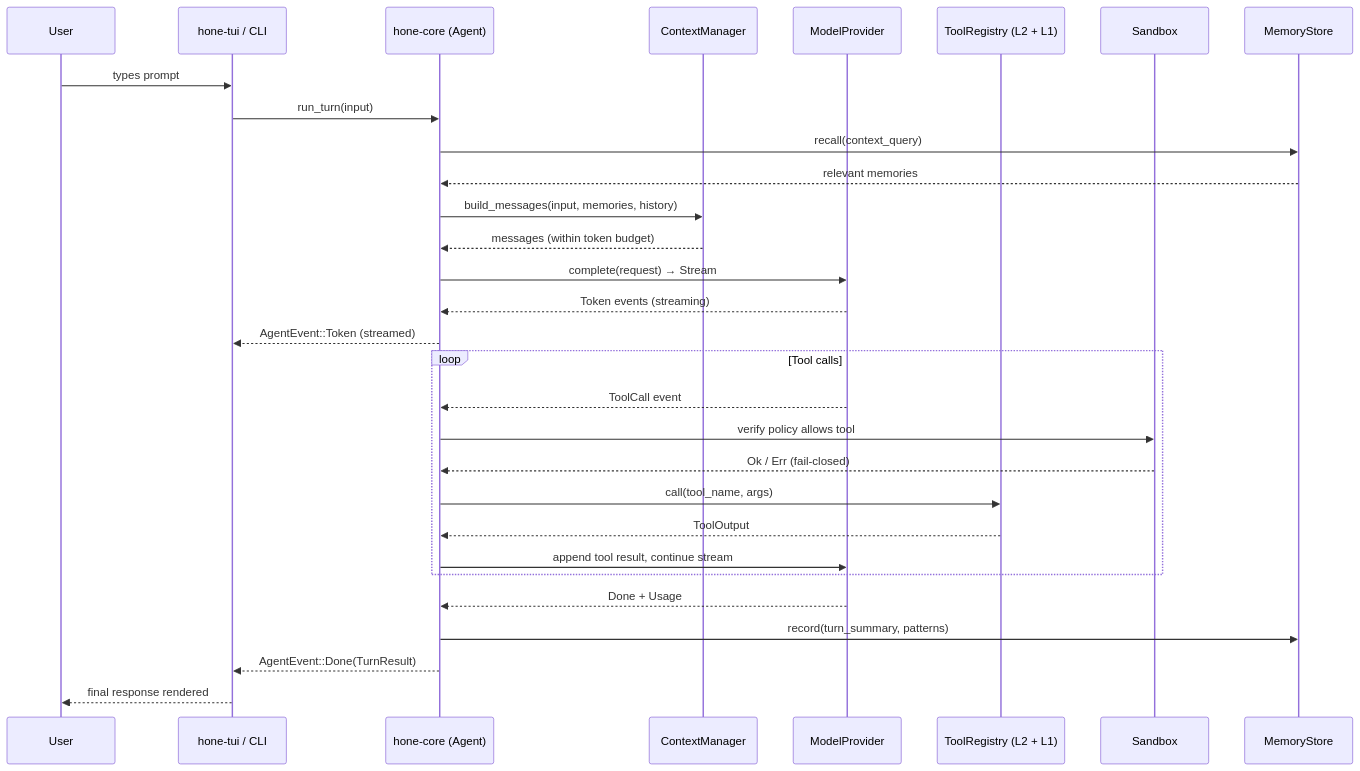
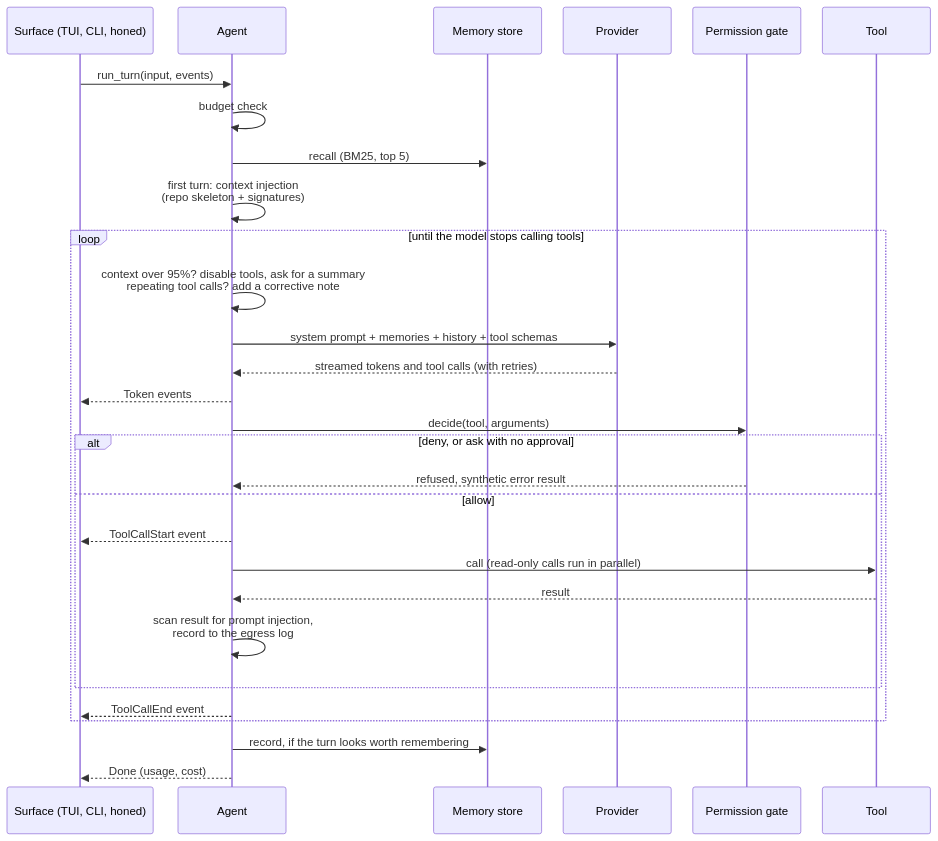
One commit to wojciechkpl/hone changed the third of 8 diagrams in docs/architecture.md. Above: the diagram before and after it, drawn with Mermaid. The commit also changed other lines of this file and 10 other files, not shown here.

````diff
--- a/docs/architecture.md
+++ b/docs/architecture.md
@@ -360,35 +117,32 @@
 ```mermaid
+%%{init: {"themeVariables": {"fontSize": "13px"}, "flowchart": {"nodeSpacing": 25, "rankSpacing": 30, "padding": 8}, "sequence": {"actorMargin": 30, "messageMargin": 25, "boxMargin": 6}, "gantt": {"barHeight": 16, "barGap": 3}}}%%
 sequenceDiagram
-    participant User
-    participant TUI as hone-tui / CLI
-    participant Core as hone-core (Agent)
-    participant Ctx as ContextManager
-    participant Provider as ModelProvider
-    participant Tools as ToolRegistry (L2 + L1)
-    participant Sandbox as Sandbox
-    participant Memory as MemoryStore
-
-    User->>TUI: types prompt
-    TUI->>Core: run_turn(input)
-    Core->>Memory: recall(context_query)
-    Memory-->>Core: relevant memories
-    Core->>Ctx: build_messages(input, memories, history)
-    Ctx-->>Core: messages (within token budget)
-    Core->>Provider: complete(request) → Stream
-    Provider-->>Core: Token events (streaming)
-    Core-->>TUI: AgentEvent::Token (streamed)
-
-    loop Tool calls
-        Provider-->>Core: ToolCall event
-        Core->>Sandbox: verify policy allows tool
-        Sandbox-->>Core: Ok / Err (fail-closed)
-        Core->>Tools: call(tool_name, args)
-        Tools-->>Core: ToolOutput
-        Core->>Provider: append tool result, continue stream
+  participant S as Surface (TUI, CLI, honed)
+  participant A as Agent
+  participant M as Memory store
+  participant P as Provider
+  participant G as Permission gate
+  participant T as Tool
+  S->>A: run_turn(input, events)
+  A->>A: budget check
+  A->>M: recall (BM25, top 5)
+  A->>A: first turn: context injection<br/>(repo skeleton + signatures)
+  loop until the model stops calling tools
+    A->>A: context over 95%? disable tools, ask for a summary<br/>repeating tool calls? add a corrective note
+    A->>P: system prompt + memories + history + tool schemas
+    P-->>A: streamed tokens and tool calls (with retries)
+    A-->>S: Token events
+    A->>G: decide(tool, arguments)
+    alt deny, or ask with no approval
+      G-->>A: refused, synthetic error result
+    else allow
+      A-->>S: ToolCallStart event
+      A->>T: call (read-only calls run in parallel)
+      T-->>A: result
+      A->>A: scan result for prompt injection,<br/>record to the egress log
     end
-
-    Provider-->>Core: Done + Usage
-    Core->>Memory: record(turn_summary, patterns)
-    Core-->>TUI: AgentEvent::Done(TurnResult)
-    TUI-->>User: final response rendered
+    A-->>S: ToolCallEnd event
+  end
+  A->>M: record, if the turn looks worth remembering
+  A-->>S: Done (usage, cost)
 ```
````
